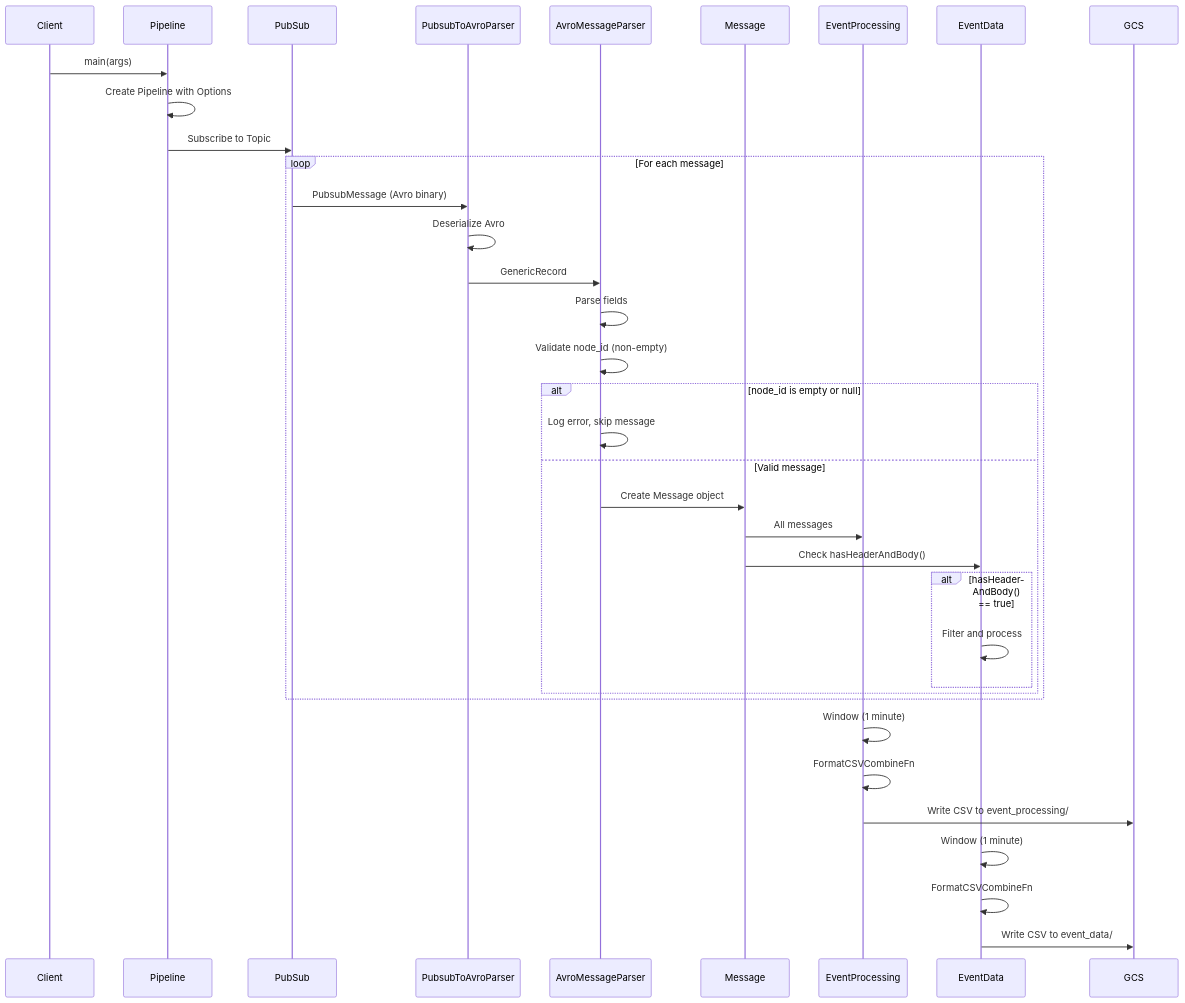
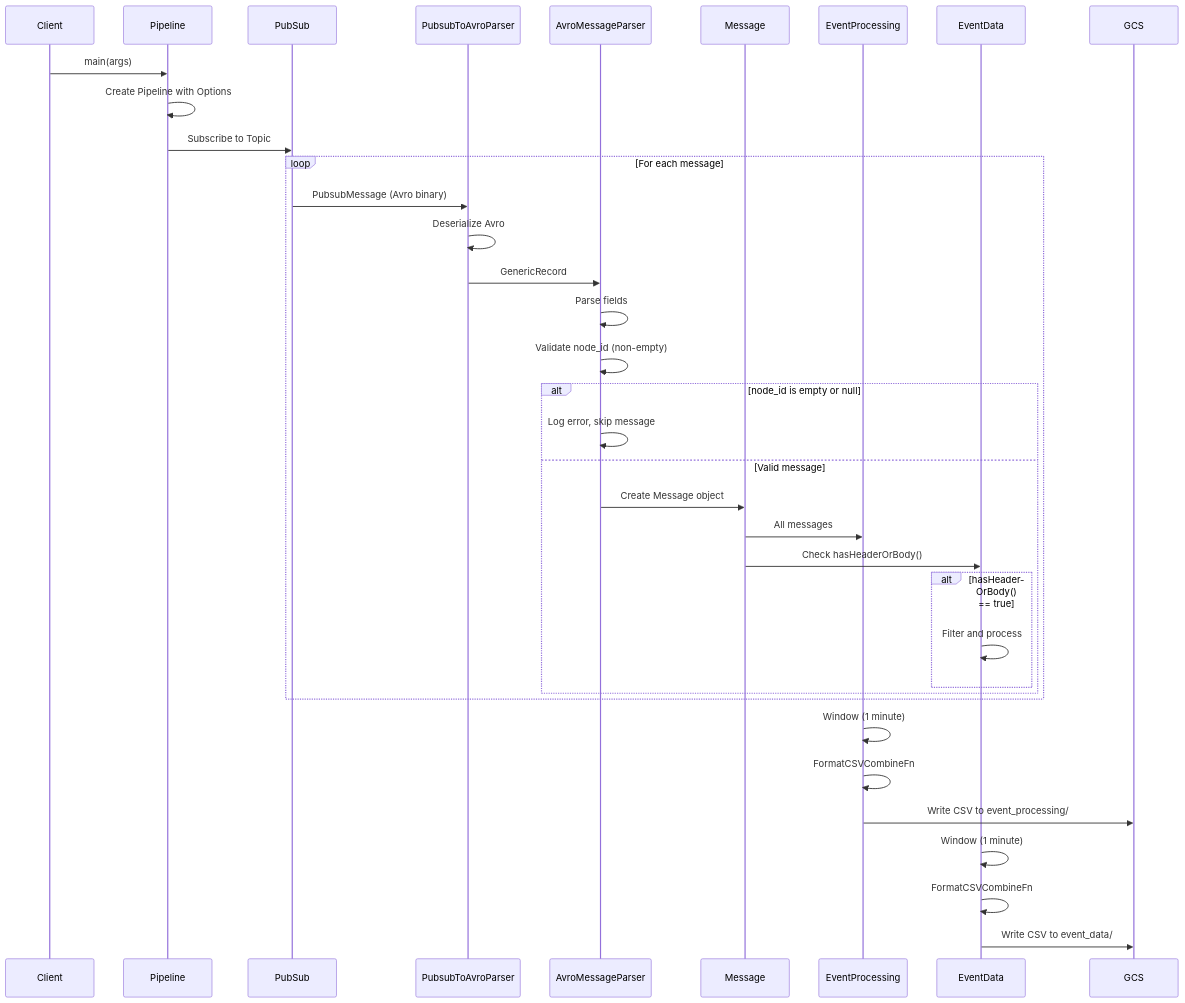
Before and after one commit to pypanda2050/pubsubToGCSBeam: the first of 4 diagrams in design.md, drawn with Mermaid. The commit also changed other lines of this file and 13 other files, not shown here.

````diff
--- a/design.md
+++ b/design.md
@@ -240,44 +241,44 @@
 ```mermaid
 sequenceDiagram
     participant Client
     participant Pipeline
     participant PubSub
     participant PubsubToAvroParser
     participant AvroMessageParser
     participant Message
     participant EventProcessing
     participant EventData
     participant GCS
 
     Client->>Pipeline: main(args)
     Pipeline->>Pipeline: Create Pipeline with Options
     Pipeline->>PubSub: Subscribe to Topic
     
     loop For each message
         PubSub->>PubsubToAvroParser: PubsubMessage (Avro binary)
         PubsubToAvroParser->>PubsubToAvroParser: Deserialize Avro
         PubsubToAvroParser->>AvroMessageParser: GenericRecord
         
         AvroMessageParser->>AvroMessageParser: Parse fields
         AvroMessageParser->>AvroMessageParser: Validate node_id (non-empty)
         alt node_id is empty or null
             AvroMessageParser->>AvroMessageParser: Log error, skip message
         else Valid message
             AvroMessageParser->>Message: Create Message object
             Message->>EventProcessing: All messages
-            Message->>EventData: Check hasHeaderAndBody()
+            Message->>EventData: Check hasHeaderOrBody()
             
-            alt hasHeaderAndBody() == true
+            alt hasHeaderOrBody() == true
                 EventData->>EventData: Filter and process
             end
         end
     end
     
     EventProcessing->>EventProcessing: Window (1 minute)
     EventProcessing->>EventProcessing: FormatCSVCombineFn
     EventProcessing->>GCS: Write CSV to event_processing/
     
     EventData->>EventData: Window (1 minute)
     EventData->>EventData: FormatCSVCombineFn
     EventData->>GCS: Write CSV to event_data/
 ```
````
